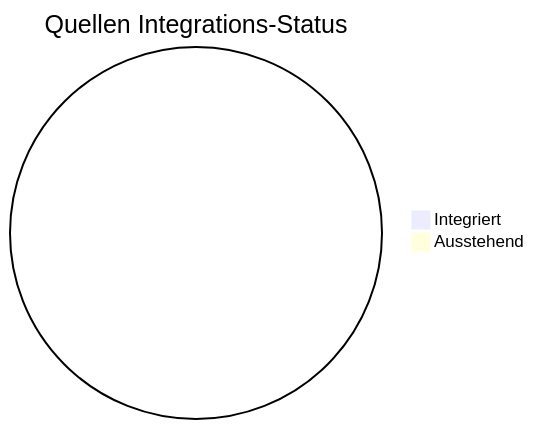
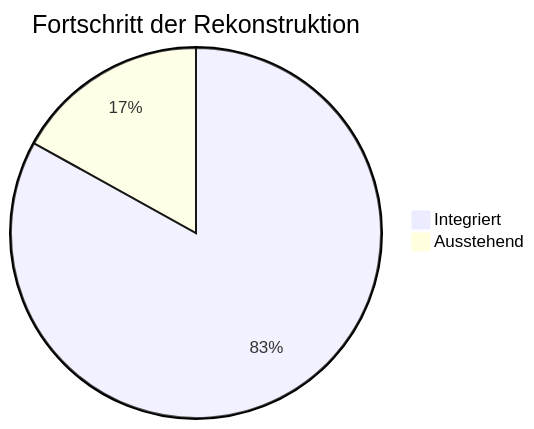
The first of 3 diagrams in Siebenwind_Wiki/10_Archiv/Wiki_Statistiken.md (Siebenwind/7w_wiki), drawn with Mermaid before and after one commit. The commit also changed other lines of this file and 19 other files, not shown here.

````diff
--- a/Siebenwind_Wiki/10_Archiv/Wiki_Statistiken.md
+++ b/Siebenwind_Wiki/10_Archiv/Wiki_Statistiken.md
@@ -24,5 +31,5 @@
 ```mermaid
-pie title Quellen Integrations-Status
-    "Integriert" : 0
-    "Ausstehend" : 0
+pie title Fortschritt der Rekonstruktion
+    "Integriert" : 201
+    "Ausstehend" : 41
 ```
````
